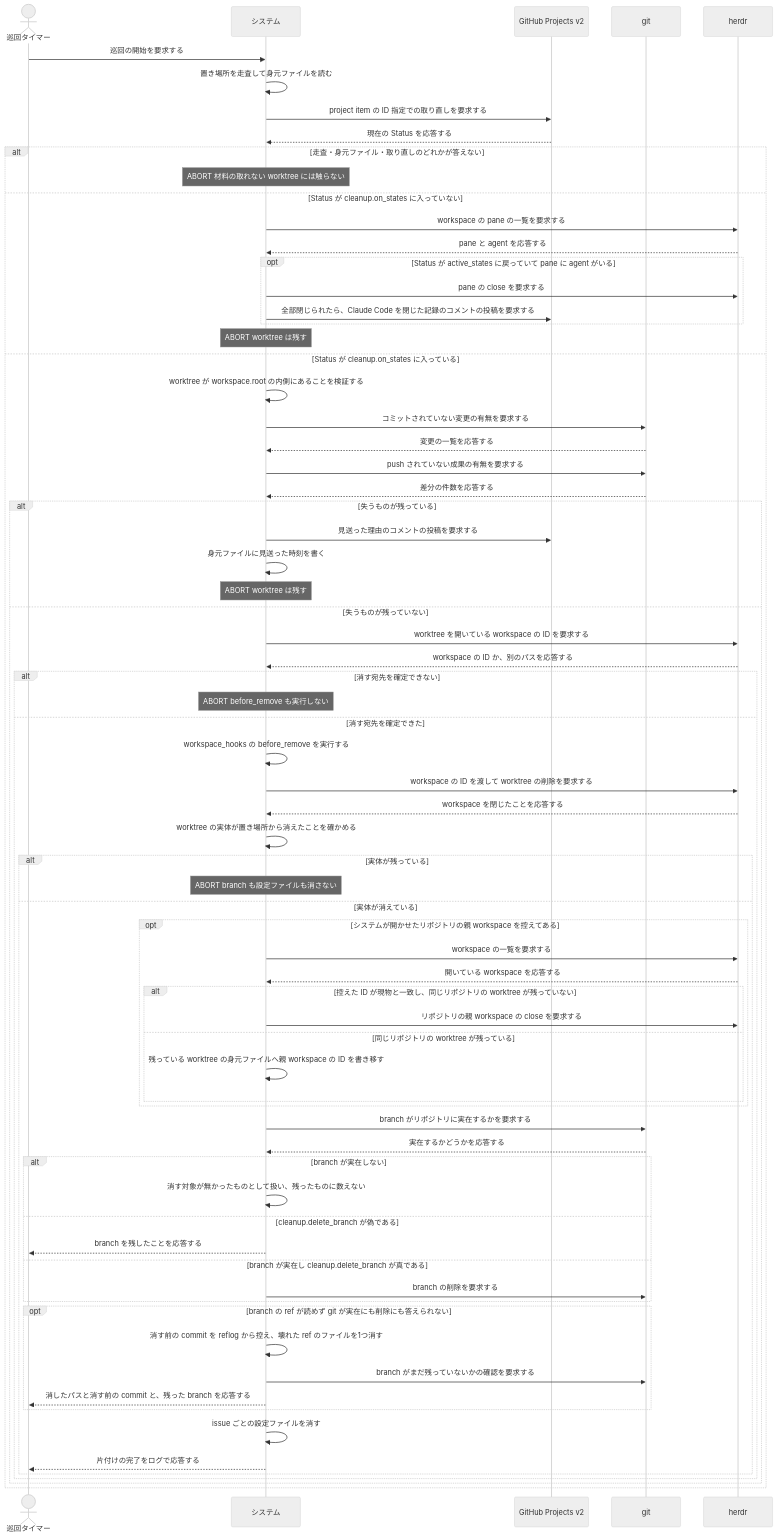
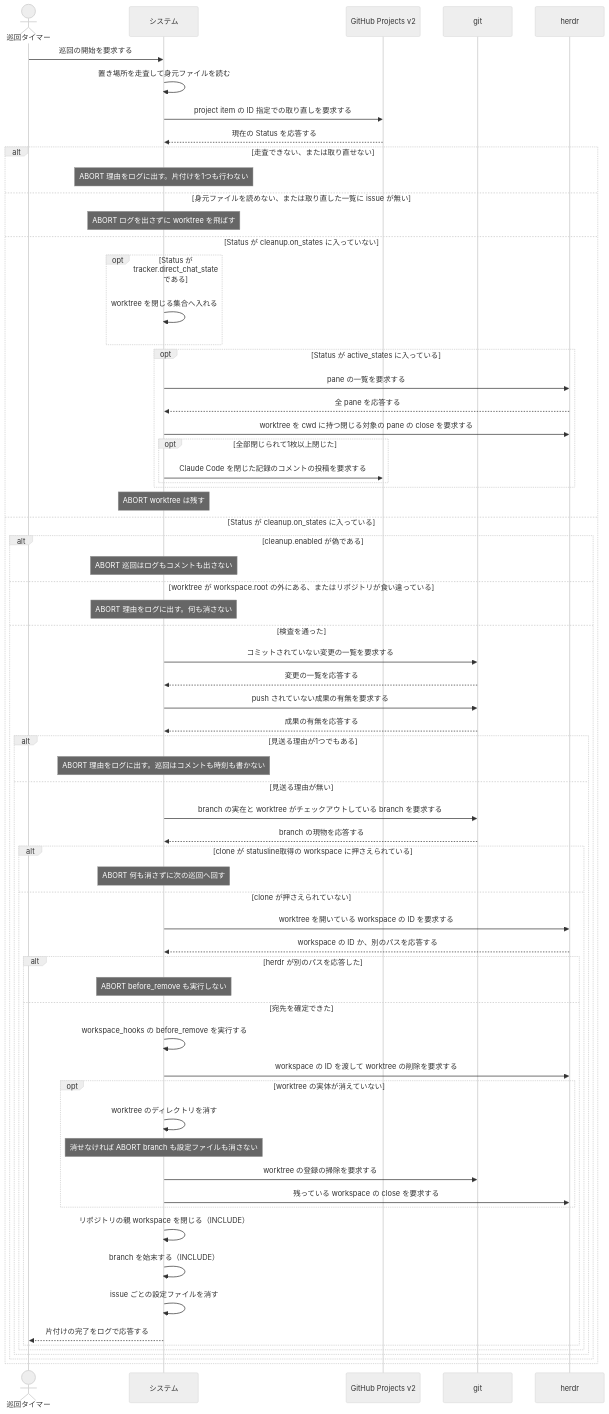
Before and after one commit to maimuzo/continuo: the second of 2 diagrams in docs/spec/usecases/particular_case/worktree と branch を片付ける.rucm.md, drawn with Mermaid (neutral theme). The commit also changed other lines of this file and 70 other files, not shown here.

First line of the commit message:
再起動と片付けの RUCM を分け実装と突き合わせて直す 起動時の掃除・pane 無しの扱い・親 workspace・branch の始末を別の記述にしテストを記述ごとのファイルへまとめる

````diff
--- a/docs/spec/usecases/particular_case/worktree と branch を片付ける.rucm.md
+++ b/docs/spec/usecases/particular_case/worktree と branch を片付ける.rucm.md
@@ -506,75 +469,70 @@
 ```mermaid
 sequenceDiagram
     actor T as 巡回タイマー
     participant S as システム
     participant GH as GitHub Projects v2
     participant G as git
     participant H as herdr
 
     T->>S: 巡回の開始を要求する
     S->>S: 置き場所を走査して身元ファイルを読む
     S->>GH: project item の ID 指定での取り直しを要求する
     GH-->>S: 現在の Status を応答する
-    alt 走査・身元ファイル・取り直しのどれかが答えない
-        Note over S: ABORT 材料の取れない worktree には触らない
+    alt 走査できない、または取り直せない
+        Note over S: ABORT 理由をログに出す。片付けを1つも行わない
+    else 身元ファイルを読めない、または取り直した一覧に issue が無い
+        Note over S: ABORT ログを出さずに worktree を飛ばす
     else Status が cleanup.on_states に入っていない
-        S->>H: workspace の pane の一覧を要求する
-        H-->>S: pane と agent を応答する
-        opt Status が active_states に戻っていて pane に agent がいる
-            S->>H: pane の close を要求する
-            S->>GH: 全部閉じられたら、Claude Code を閉じた記録のコメントの投稿を要求する
+        opt Status が tracker.direct_chat_state である
+            S->>S: worktree を閉じる集合へ入れる
+        end
+        opt Status が active_states に入っている
+            S->>H: pane の一覧を要求する
+            H-->>S: 全 pane を応答する
+            S->>H: worktree を cwd に持つ閉じる対象の pane の close を要求する
+            opt 全部閉じられて1枚以上閉じた
+                S->>GH: Claude Code を閉じた記録のコメントの投稿を要求する
+            end
         end
         Note over S: ABORT worktree は残す
     else Status が cleanup.on_states に入っている
-        S->>S: worktree が workspace.root の内側にあることを検証する
-        S->>G: コミットされていない変更の有無を要求する
-        G-->>S: 変更の一覧を応答する
-        S->>G: push されていない成果の有無を要求する
-        G-->>S: 差分の件数を応答する
-        alt 失うものが残っている
-            S->>GH: 見送った理由のコメントの投稿を要求する
-            S->>S: 身元ファイルに見送った時刻を書く
-            Note over S: ABORT worktree は残す
-        else 失うものが残っていない
-            S->>H: worktree を開いている workspace の ID を要求する
-            H-->>S: workspace の ID か、別のパスを応答する
-            alt 消す宛先を確定できない
-                Note over S: ABORT before_remove も実行しない
-            else 消す宛先を確定できた
-                S->>S: workspace_hooks の before_remove を実行する
-                S->>H: workspace の ID を渡して worktree の削除を要求する
-                H-->>S: workspace を閉じたことを応答する
-                S->>S: worktree の実体が置き場所から消えたことを確かめる
-                alt 実体が残っている
-                    Note over S: ABORT branch も設定ファイルも消さない
-                else 実体が消えている
-                    opt システムが開かせたリポジトリの親 workspace を控えてある
-                        S->>H: workspace の一覧を要求する
-                        H-->>S: 開いている workspace を応答する
-                        alt 控えた ID が現物と一致し、同じリポジトリの worktree が残っていない
-                            S->>H: リポジトリの親 workspace の close を要求する
-                        else 同じリポジトリの worktree が残っている
-                            S->>S: 残っている worktree の身元ファイルへ親 workspace の ID を書き移す
+        alt cleanup.enabled が偽である
+            Note over S: ABORT 巡回はログもコメントも出さない
+        else worktree が workspace.root の外にある、またはリポジトリが食い違っている
+            Note over S: ABORT 理由をログに出す。何も消さない
+        else 検査を通った
+            S->>G: コミットされていない変更の一覧を要求する
+            G-->>S: 変更の一覧を応答する
+            S->>G: push されていない成果の有無を要求する
+            G-->>S: 成果の有無を応答する
+            alt 見送る理由が1つでもある
+                Note over S: ABORT 理由をログに出す。巡回はコメントも時刻も書かない
+            else 見送る理由が無い
+                S->>G: branch の実在と worktree がチェックアウトしている branch を要求する
+                G-->>S: branch の現物を応答する
+                alt clone が statusline取得の workspace に押さえられている
+                    Note over S: ABORT 何も消さずに次の巡回へ回す
+                else clone が押さえられていない
+                    S->>H: worktree を開いている workspace の ID を要求する
+                    H-->>S: workspace の ID か、別のパスを応答する
+                    alt herdr が別のパスを応答した
+                        Note over S: ABORT before_remove も実行しない
+                    else 宛先を確定できた
+                        S->>S: workspace_hooks の before_remove を実行する
+                        S->>H: workspace の ID を渡して worktree の削除を要求する
+                        opt worktree の実体が消えていない
+                            S->>S: worktree のディレクトリを消す
+                            Note over S: 消せなければ ABORT branch も設定ファイルも消さない
+                            S->>G: worktree の登録の掃除を要求する
+                            S->>H: 残っている workspace の close を要求する
                         end
+                        S->>S: リポジトリの親 workspace を閉じる（INCLUDE）
+                        S->>S: branch を始末する（INCLUDE）
+                        S->>S: issue ごとの設定ファイルを消す
+                        S-->>T: 片付けの完了をログで応答する
                     end
-                    S->>G: branch がリポジトリに実在するかを要求する
-                    G-->>S: 実在するかどうかを応答する
-                    alt branch が実在しない
-                        S->>S: 消す対象が無かったものとして扱い、残ったものに数えない
-                    else cleanup.delete_branch が偽である
-                        S-->>T: branch を残したことを応答する
-                    else branch が実在し cleanup.delete_branch が真である
-                        S->>G: branch の削除を要求する
-                    end
-                    opt branch の ref が読めず git が実在にも削除にも答えられない
-                        S->>S: 消す前の commit を reflog から控え、壊れた ref のファイルを1つ消す
-                        S->>G: branch がまだ残っていないかの確認を要求する
-                        S-->>T: 消したパスと消す前の commit と、残った branch を応答する
-                    end
-                    S->>S: issue ごとの設定ファイルを消す
-                    S-->>T: 片付けの完了をログで応答する
                 end
             end
         end
     end
 ```
````
